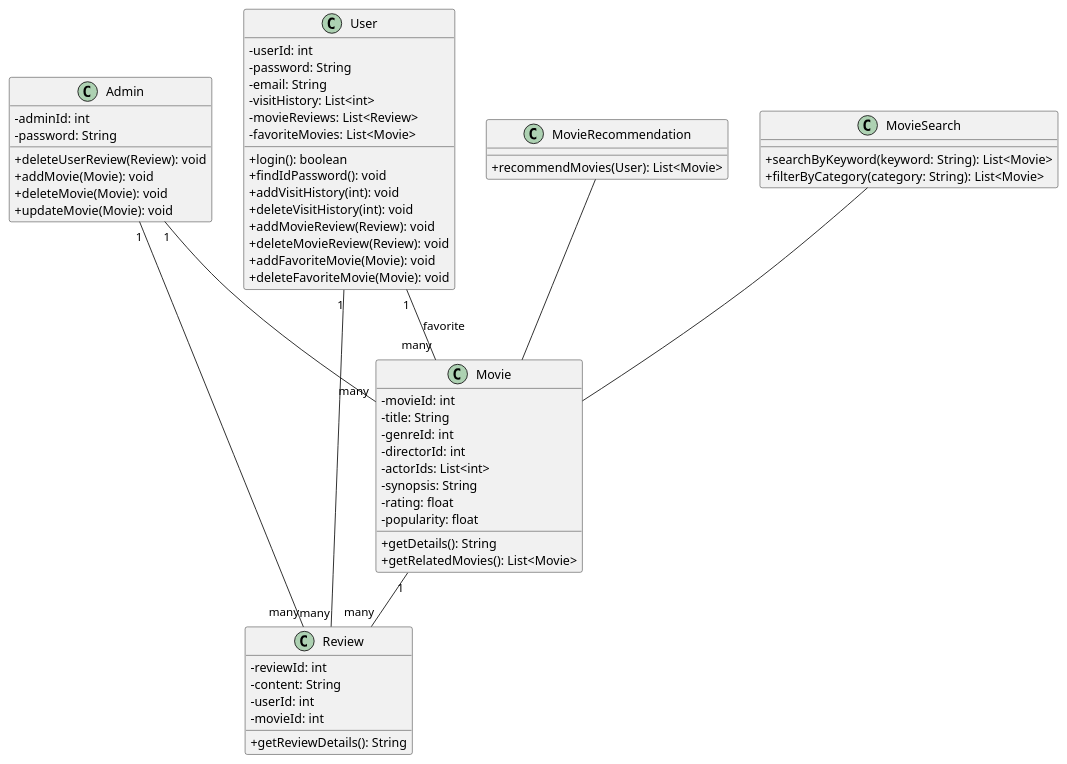
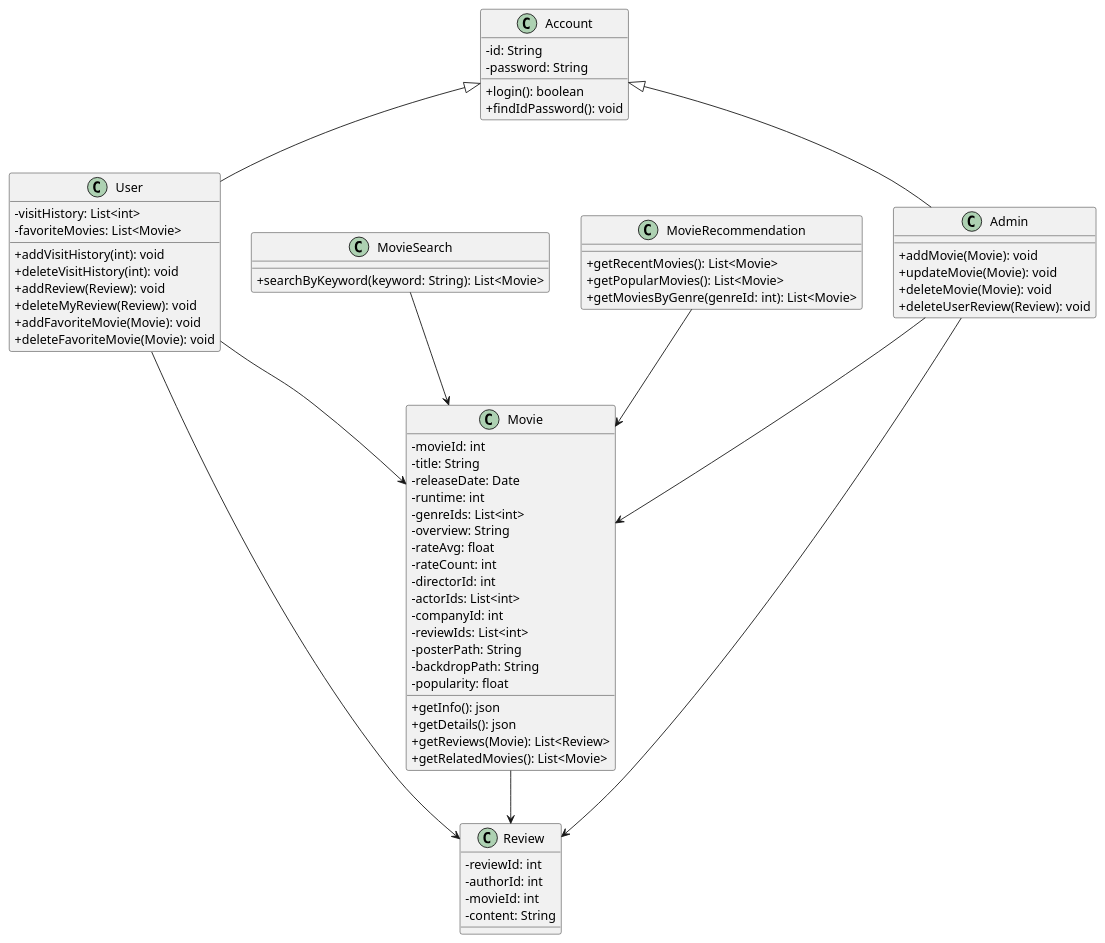
The diagram in src/class.puml (marmot8080/SWE), drawn with PlantUML before and after one commit.

Commit message:
Update class diagram

```diff
--- a/src/class.puml
+++ b/src/class.puml
@@ -1,73 +1,87 @@
 @startuml
 
 skinparam classAttributeIconSize 0
 
+class Account {
+    - id: String
+    - password: String
+
+    + login(): boolean
+    + findIdPassword(): void
+}
+
 class User {
-  - userId: int
-  - password: String
-  - email: String
-  - visitHistory: List<int>
-  - movieReviews: List<Review>
-  - favoriteMovies: List<Movie>
+    - visitHistory: List<int>
+    - favoriteMovies: List<Movie>
 
-  + login(): boolean
-  + findIdPassword(): void
-  + addVisitHistory(int): void
-  + deleteVisitHistory(int): void
-  + addMovieReview(Review): void
-  + deleteMovieReview(Review): void
-  + addFavoriteMovie(Movie): void
-  + deleteFavoriteMovie(Movie): void
+    + addVisitHistory(int): void
+    + deleteVisitHistory(int): void
+    + addReview(Review): void
+    + deleteMyReview(Review): void
+    + addFavoriteMovie(Movie): void
+    + deleteFavoriteMovie(Movie): void
+}
+
+class Admin {
+    + addMovie(Movie): void
+    + updateMovie(Movie): void
+    + deleteMovie(Movie): void
+    + deleteUserReview(Review): void
 }
 
 class Review {
-  - reviewId: int
-  - content: String
-  - userId: int
-  - movieId: int
-
-  + getReviewDetails(): String
+    - reviewId: int
+    - authorId: int
+    - movieId: int
+    - content: String
 }
 
 class Movie {
-  - movieId: int
-  - title: String
-  - genreId: int
-  - directorId: int
-  - actorIds: List<int>
-  - synopsis: String
-  - rating: float
-  - popularity: float
+    - movieId: int
+    - title: String
+    - releaseDate: Date
+    - runtime: int
+    - genreIds: List<int>
+    - overview: String
+    - rateAvg: float
+    - rateCount: int
+    - directorId: int
+    - actorIds: List<int>
+    - companyId: int
+    - reviewIds: List<int>
+    - posterPath: String
+    - backdropPath: String
+    - popularity: float
 
-  + getDetails(): String
-  + getRelatedMovies(): List<Movie>
-}
-
-class Admin {
-  - adminId: int
-  - password: String
-
-  + deleteUserReview(Review): void
-  + addMovie(Movie): void
-  + deleteMovie(Movie): void
-  + updateMovie(Movie): void
+    + getInfo(): json
+    + getDetails(): json
+    + getReviews(Movie): List<Review>
+    + getRelatedMovies(): List<Movie>
 }
 
 class MovieSearch {
-  + searchByKeyword(keyword: String): List<Movie>
-  + filterByCategory(category: String): List<Movie>
+    + searchByKeyword(keyword: String): List<Movie>
 }
 
 class MovieRecommendation {
-  + recommendMovies(User): List<Movie>
+    + getRecentMovies(): List<Movie>
+    + getPopularMovies(): List<Movie>
+    + getMoviesByGenre(genreId: int): List<Movie>
 }
 
-User "1" -- "many" Review
-User "1" -- "many" Movie : favorite
-Movie "1" -- "many" Review
-Admin "1" -- "many" Movie
-Admin "1" -- "many" Review
-MovieSearch -- Movie
-MovieRecommendation -- Movie
+Account ^-- User
+Account ^-- Admin
+
+User --> Movie
+User --> Review
+
+Admin --> Movie
+Admin --> Review
+
+Movie --> Review
+
+MovieSearch --> Movie
+
+MovieRecommendation --> Movie
 
 @enduml
```
